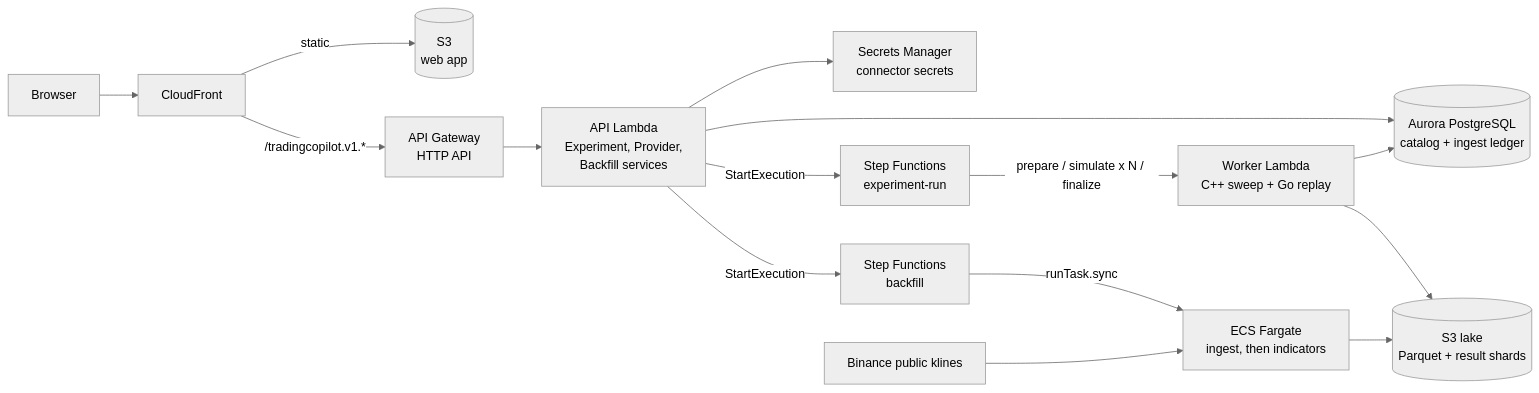
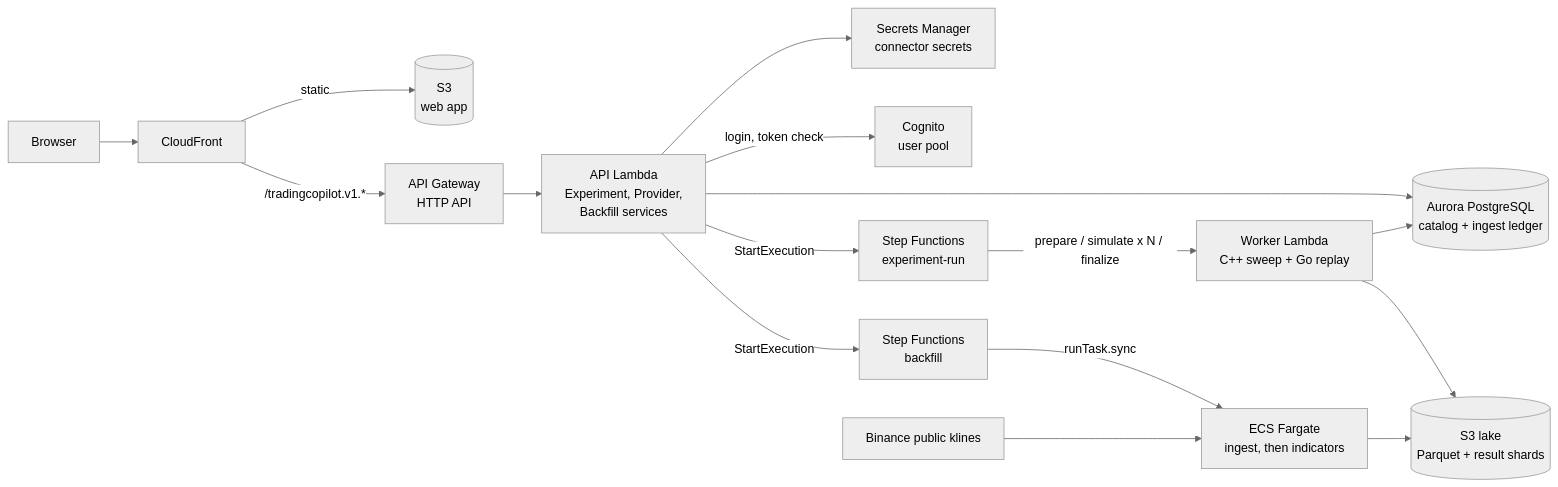
One commit to MaxBernstetter/dagobert changed the diagram in README.md. Above: the diagram before and after it, drawn with Mermaid (neutral theme). The commit also changed other lines of this file and 27 other files, not shown here.

````diff
--- a/README.md
+++ b/README.md
@@ -20,17 +20,18 @@
 ```mermaid
 flowchart LR
   U[Browser] --> CF[CloudFront]
   CF -- static --> S3W[(S3<br/>web app)]
   CF -- /tradingcopilot.v1.* --> APIGW[API Gateway<br/>HTTP API]
   APIGW --> API[API Lambda<br/>Experiment, Provider,<br/>Backfill services]
   API --> PG[(Aurora PostgreSQL<br/>catalog + ingest ledger)]
   API --> SM[Secrets Manager<br/>connector secrets]
+  API -- login, token check --> COG[Cognito<br/>user pool]
   API -- StartExecution --> SFN[Step Functions<br/>experiment-run]
   SFN -- prepare / simulate x N / finalize --> W[Worker Lambda<br/>C++ sweep + Go replay]
   W --> PG
   W --> LAKE[(S3 lake<br/>Parquet + result shards)]
   API -- StartExecution --> BSFN[Step Functions<br/>backfill]
   BSFN -- runTask.sync --> ECS[ECS Fargate<br/>ingest, then indicators]
   ECS --> LAKE
   BIN[Binance public klines] --> ECS
 ```
````
